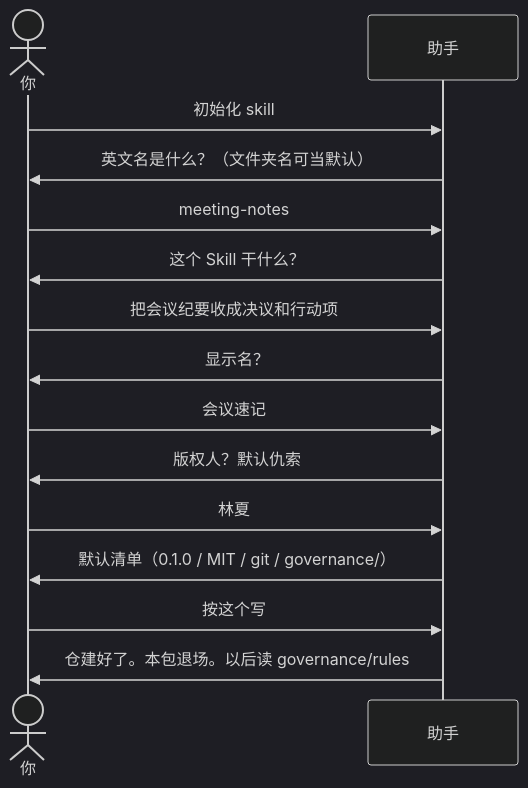
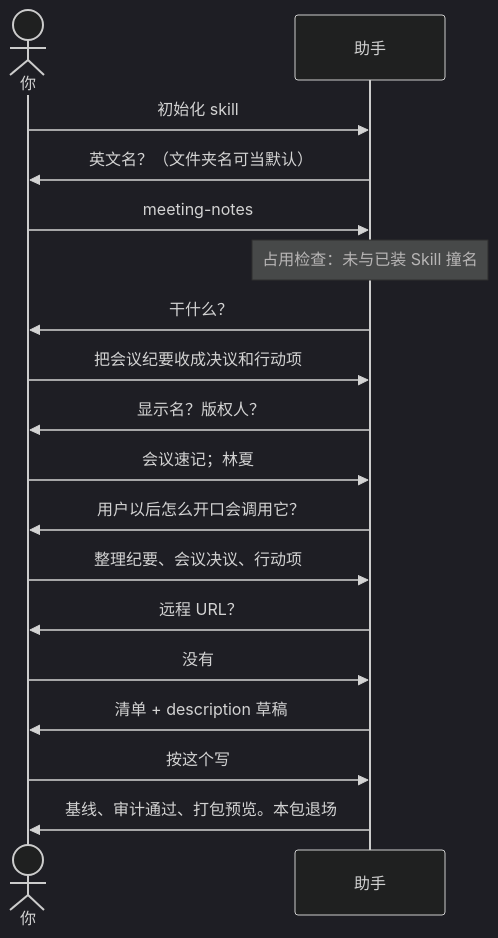
One commit to qiusuo0226/skill-devkit-skill changed the first of 2 diagrams in examples/01-初始化空文件夹.md. Above: the diagram before and after it, drawn with Mermaid (dark theme). The commit also changed other lines of this file and 15 other files, not shown here.

````diff
--- a/examples/01-初始化空文件夹.md
+++ b/examples/01-初始化空文件夹.md
@@ -11,18 +11,21 @@
 ```mermaid
 sequenceDiagram
     actor You as 你
     participant AI as 助手
 
     You->>AI: 初始化 skill
-    AI->>You: 英文名是什么？（文件夹名可当默认）
+    AI->>You: 英文名？（文件夹名可当默认）
     You->>AI: meeting-notes
-    AI->>You: 这个 Skill 干什么？
+    Note over AI: 占用检查：未与已装 Skill 撞名
+    AI->>You: 干什么？
     You->>AI: 把会议纪要收成决议和行动项
-    AI->>You: 显示名？
-    You->>AI: 会议速记
-    AI->>You: 版权人？默认仇索
-    You->>AI: 林夏
-    AI->>You: 默认清单（0.1.0 / MIT / git / governance/）
+    AI->>You: 显示名？版权人？
+    You->>AI: 会议速记；林夏
+    AI->>You: 用户以后怎么开口会调用它？
+    You->>AI: 整理纪要、会议决议、行动项
+    AI->>You: 远程 URL？
+    You->>AI: 没有
+    AI->>You: 清单 + description 草稿
     You->>AI: 按这个写
-    AI->>You: 仓建好了。本包退场。以后读 governance/rules
+    AI->>You: 基线、审计通过、打包预览。本包退场
 ```
````
